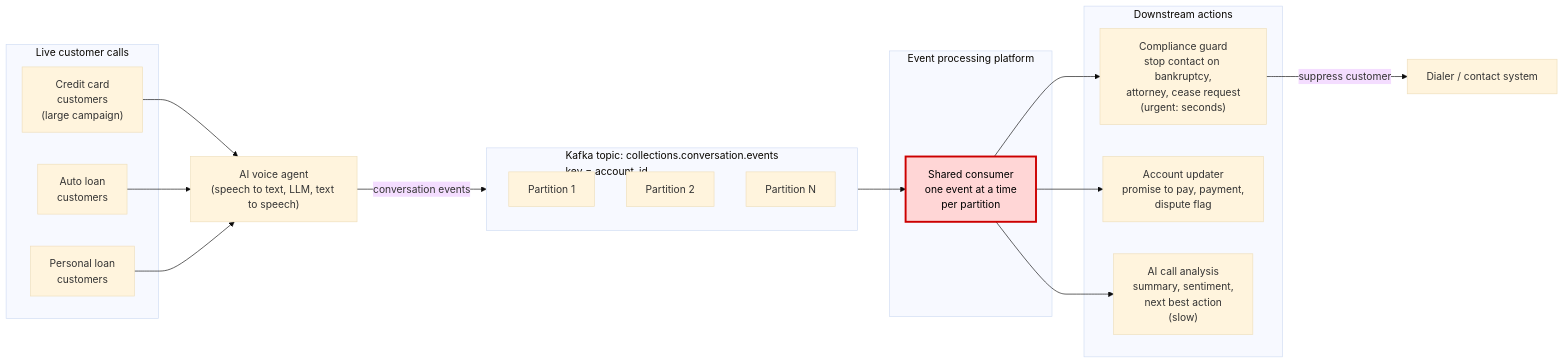
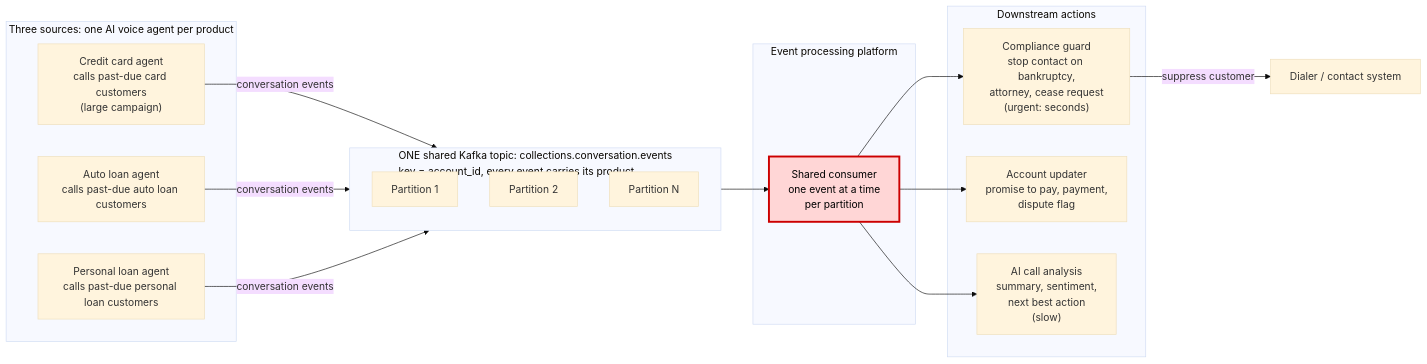
Before and after one commit to eresh-thekbr/multi-tenant-streaming: the third of 4 diagrams in README.md, drawn with Mermaid (base theme). The commit also changed other lines of this file, not shown here.

First line of the commit message:
Show the three product agents writing to one shared topic

````diff
--- a/README.md
+++ b/README.md
@@ -121,39 +134,36 @@
 ```mermaid
 flowchart LR
-    subgraph Calls["Live customer calls"]
-        CC["Credit card<br/>customers<br/>(large campaign)"]
-        AL["Auto loan<br/>customers"]
-        PL["Personal loan<br/>customers"]
+    subgraph Agents["Three sources: one AI voice agent per product"]
+        CCA["Credit card agent<br/>calls past-due card customers<br/>(large campaign)"]
+        ALA["Auto loan agent<br/>calls past-due auto loan customers"]
+        PLA["Personal loan agent<br/>calls past-due personal loan customers"]
     end
 
-    VA["AI voice agent<br/>(speech to text, LLM, text to speech)"]
-
-    subgraph Kafka["Kafka topic: collections.conversation.events<br/>key = account_id"]
+    subgraph Kafka["ONE shared Kafka topic: collections.conversation.events<br/>key = account_id, every event carries its product"]
         P1["Partition 1"]
         P2["Partition 2"]
         P3["Partition N"]
     end
 
     subgraph Platform["Event processing platform"]
         D["Shared consumer<br/>one event at a time<br/>per partition"]
     end
 
     subgraph Consumers["Downstream actions"]
         CG["Compliance guard<br/>stop contact on bankruptcy,<br/>attorney, cease request<br/>(urgent: seconds)"]
         AU["Account updater<br/>promise to pay, payment,<br/>dispute flag"]
         AI["AI call analysis<br/>summary, sentiment,<br/>next best action<br/>(slow)"]
     end
 
     DL["Dialer / contact system"]
 
-    CC --> VA
-    AL --> VA
-    PL --> VA
-    VA -- "conversation events" --> Kafka
+    CCA -- "conversation events" --> Kafka
+    ALA -- "conversation events" --> Kafka
+    PLA -- "conversation events" --> Kafka
     Kafka --> D
     D --> CG
     D --> AU
     D --> AI
     CG -- "suppress customer" --> DL
     style D fill:#ffd6d6,stroke:#c00,stroke-width:3px,color:#000
 ```
````
